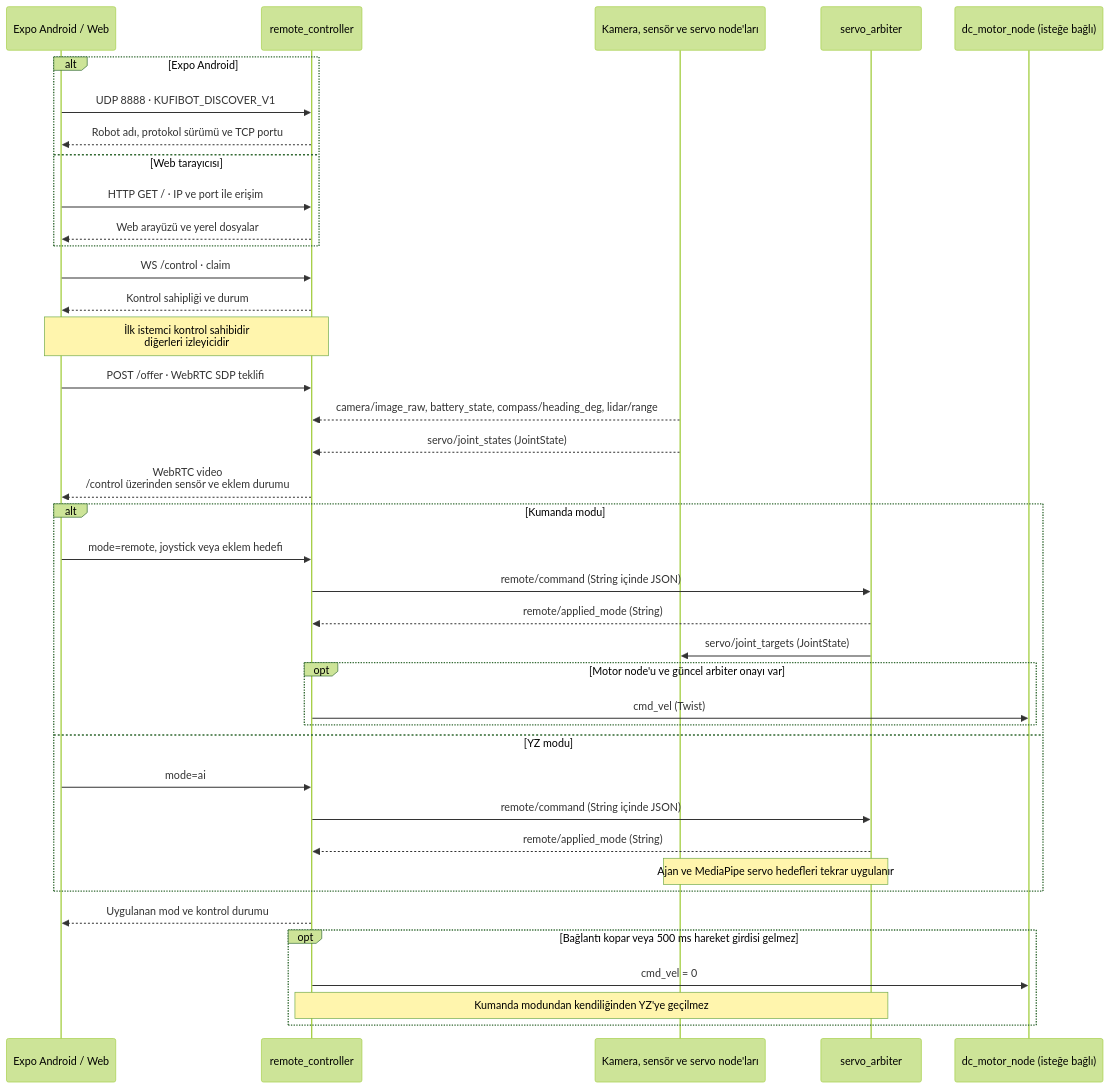
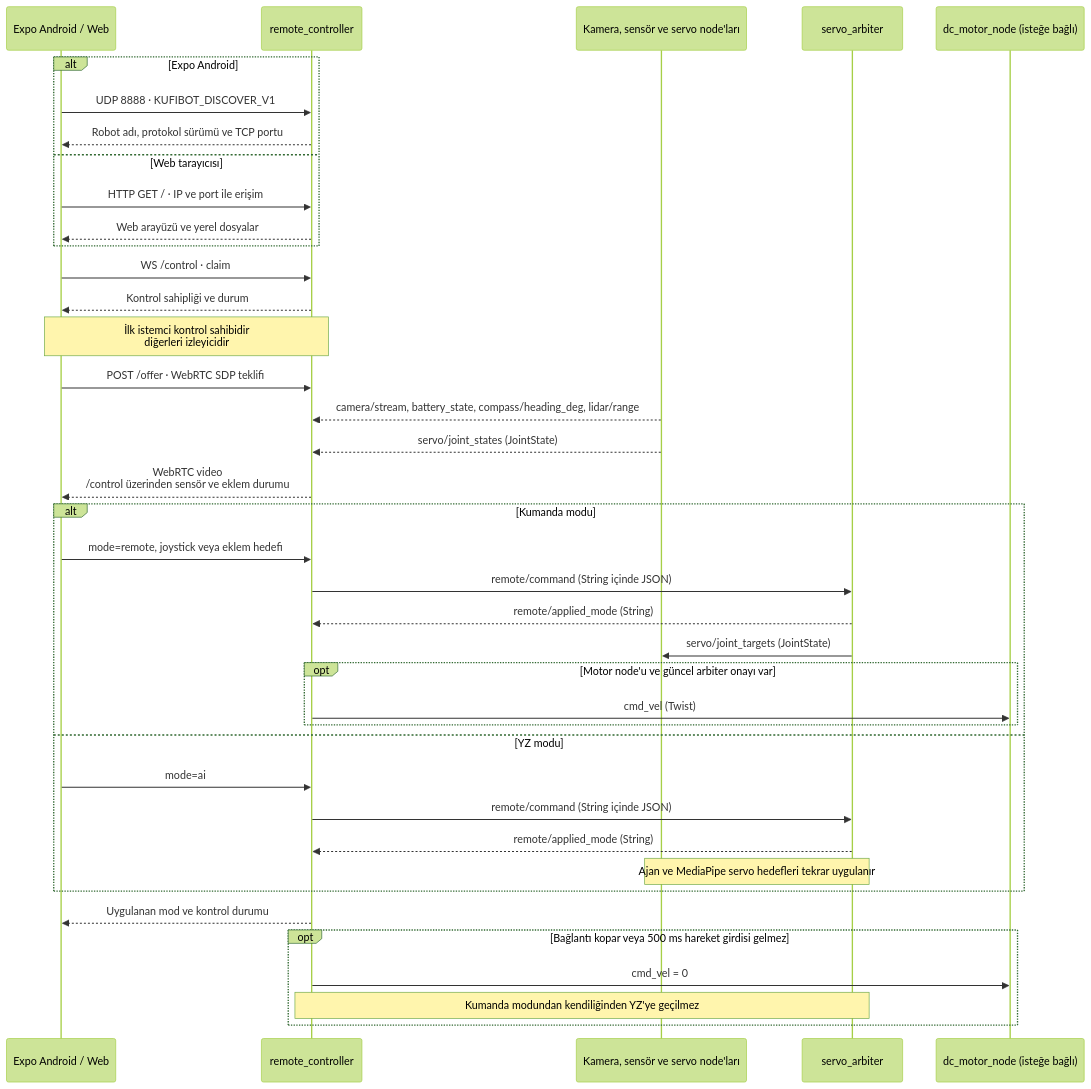
Before and after one commit to electronicengine/kufibot.ros2: the third of 3 diagrams in README.md, drawn with Mermaid (forest theme). The commit also changed other lines of this file and 110 other files, not shown here.

````diff
--- a/README.md
+++ b/README.md
@@ -326,43 +373,43 @@
 ```mermaid
 sequenceDiagram
     participant U as Expo Android / Web
     participant R as remote_controller
     participant N as Kamera, sensör ve servo node'ları
     participant A as servo_arbiter
     participant D as dc_motor_node (isteğe bağlı)
 
     alt Expo Android
         U->>R: UDP 8888 · KUFIBOT_DISCOVER_V1
         R-->>U: Robot adı, protokol sürümü ve TCP portu
     else Web tarayıcısı
         U->>R: HTTP GET / · IP ve port ile erişim
         R-->>U: Web arayüzü ve yerel dosyalar
     end
     U->>R: WS /control · claim
     R-->>U: Kontrol sahipliği ve durum
     Note over U,R: İlk istemci kontrol sahibidir<br/>diğerleri izleyicidir
     U->>R: POST /offer · WebRTC SDP teklifi
-    N-->>R: camera/image_raw, battery_state, compass/heading_deg, lidar/range
+    N-->>R: camera/stream, battery_state, compass/heading_deg, lidar/range
     N-->>R: servo/joint_states (JointState)
     R-->>U: WebRTC video<br/>/control üzerinden sensör ve eklem durumu
 
     alt Kumanda modu
         U->>R: mode=remote, joystick veya eklem hedefi
         R->>A: remote/command (String içinde JSON)
         A-->>R: remote/applied_mode (String)
         A->>N: servo/joint_targets (JointState)
         opt Motor node'u ve güncel arbiter onayı var
             R->>D: cmd_vel (Twist)
         end
     else YZ modu
         U->>R: mode=ai
         R->>A: remote/command (String içinde JSON)
         A-->>R: remote/applied_mode (String)
         Note over N,A: Ajan ve MediaPipe servo hedefleri tekrar uygulanır
     end
     R-->>U: Uygulanan mod ve kontrol durumu
     opt Bağlantı kopar veya 500 ms hareket girdisi gelmez
         R->>D: cmd_vel = 0
         Note over R,A: Kumanda modundan kendiliğinden YZ'ye geçilmez
     end
 ```
````
